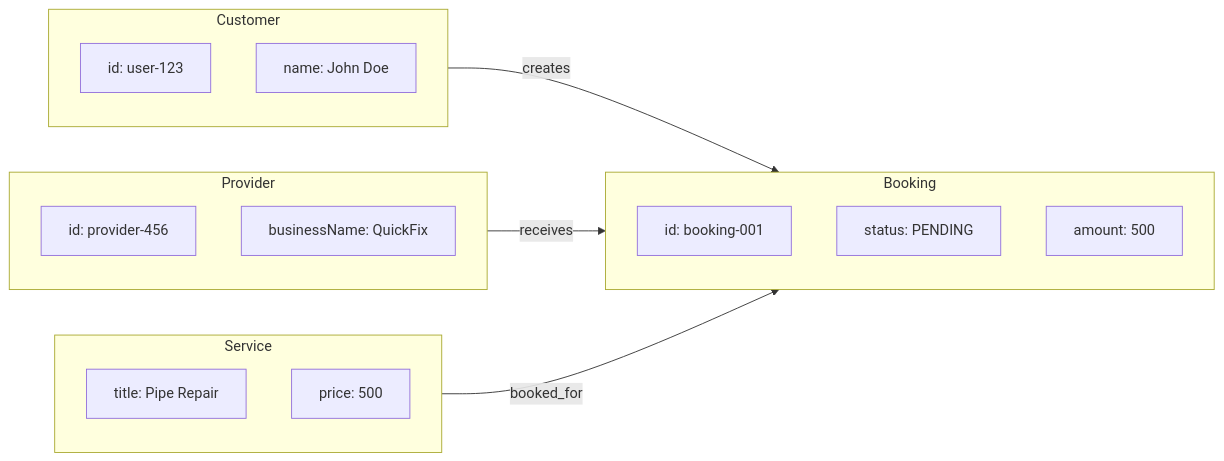
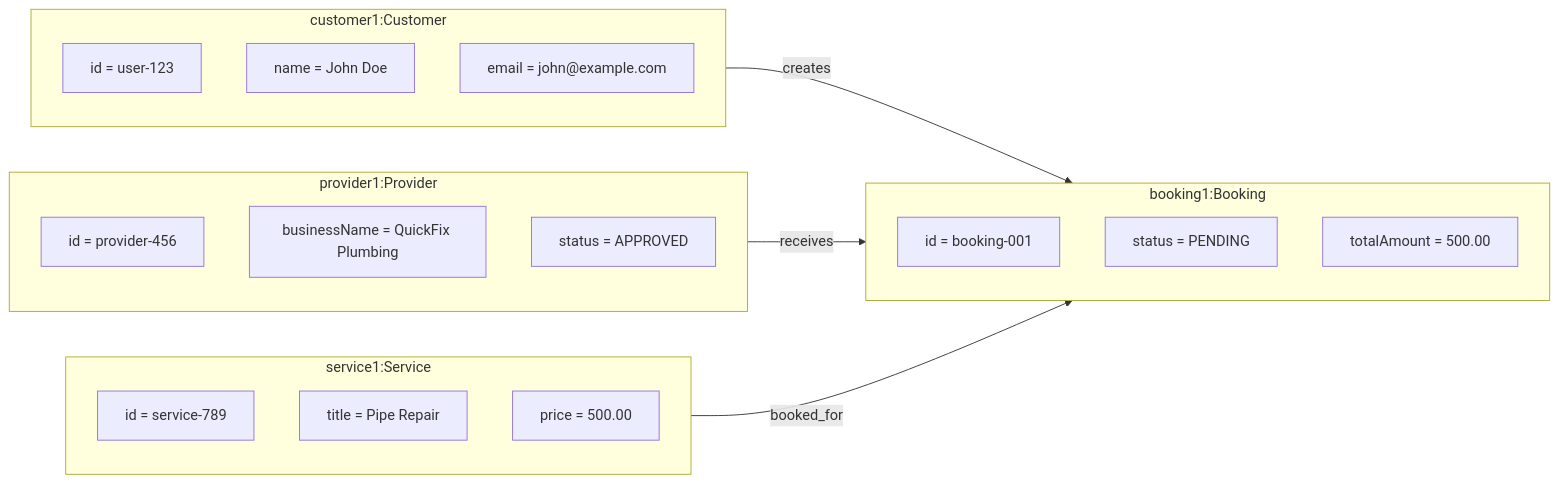
One commit to botvecna47/MH26-Services changed diagram 22 of 28 in docs/UML_DIAGRAMS.md. Above: the diagram before and after it, drawn with Mermaid. The commit also changed other lines of this file, not shown here.

Commit message:
Standardize all simplified UML diagrams with proper Mermaid syntax: add multiplicities, improve object diagram notation, enhance sequence diagram with activation boxes, and add notes to state diagram

````diff
--- a/docs/UML_DIAGRAMS.md
+++ b/docs/UML_DIAGRAMS.md
@@ -1571,27 +1577,30 @@
 ```mermaid
 graph LR
-    subgraph Customer["Customer"]
-        C_ID["id: user-123"]
-        C_NAME["name: John Doe"]
+    subgraph Customer1["customer1:Customer"]
+        C1_ID["id = user-123"]
+        C1_NAME["name = John Doe"]
+        C1_EMAIL["email = john@example.com"]
     end
     
-    subgraph Provider["Provider"]
-        P_ID["id: provider-456"]
-        P_NAME["businessName: QuickFix"]
+    subgraph Provider1["provider1:Provider"]
+        P1_ID["id = provider-456"]
+        P1_NAME["businessName = QuickFix Plumbing"]
+        P1_STATUS["status = APPROVED"]
     end
     
-    subgraph Service["Service"]
-        S_TITLE["title: Pipe Repair"]
-        S_PRICE["price: 500"]
+    subgraph Service1["service1:Service"]
+        S1_ID["id = service-789"]
+        S1_TITLE["title = Pipe Repair"]
+        S1_PRICE["price = 500.00"]
     end
     
-    subgraph Booking["Booking"]
-        B_ID["id: booking-001"]
-        B_STATUS["status: PENDING"]
-        B_AMOUNT["amount: 500"]
+    subgraph Booking1["booking1:Booking"]
+        B1_ID["id = booking-001"]
+        B1_STATUS["status = PENDING"]
+        B1_AMOUNT["totalAmount = 500.00"]
     end
     
-    Customer -->|creates| Booking
-    Provider -->|receives| Booking
-    Service -->|booked_for| Booking
+    Customer1 -->|creates| Booking1
+    Provider1 -->|receives| Booking1
+    Service1 -->|booked_for| Booking1
 ```
````
